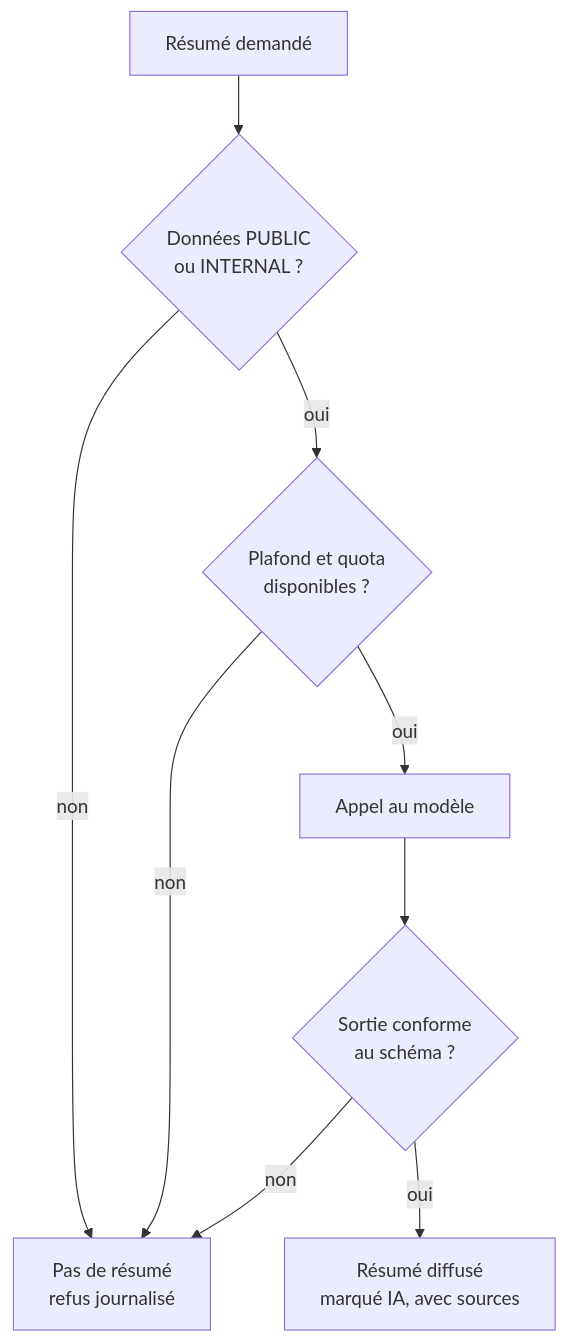
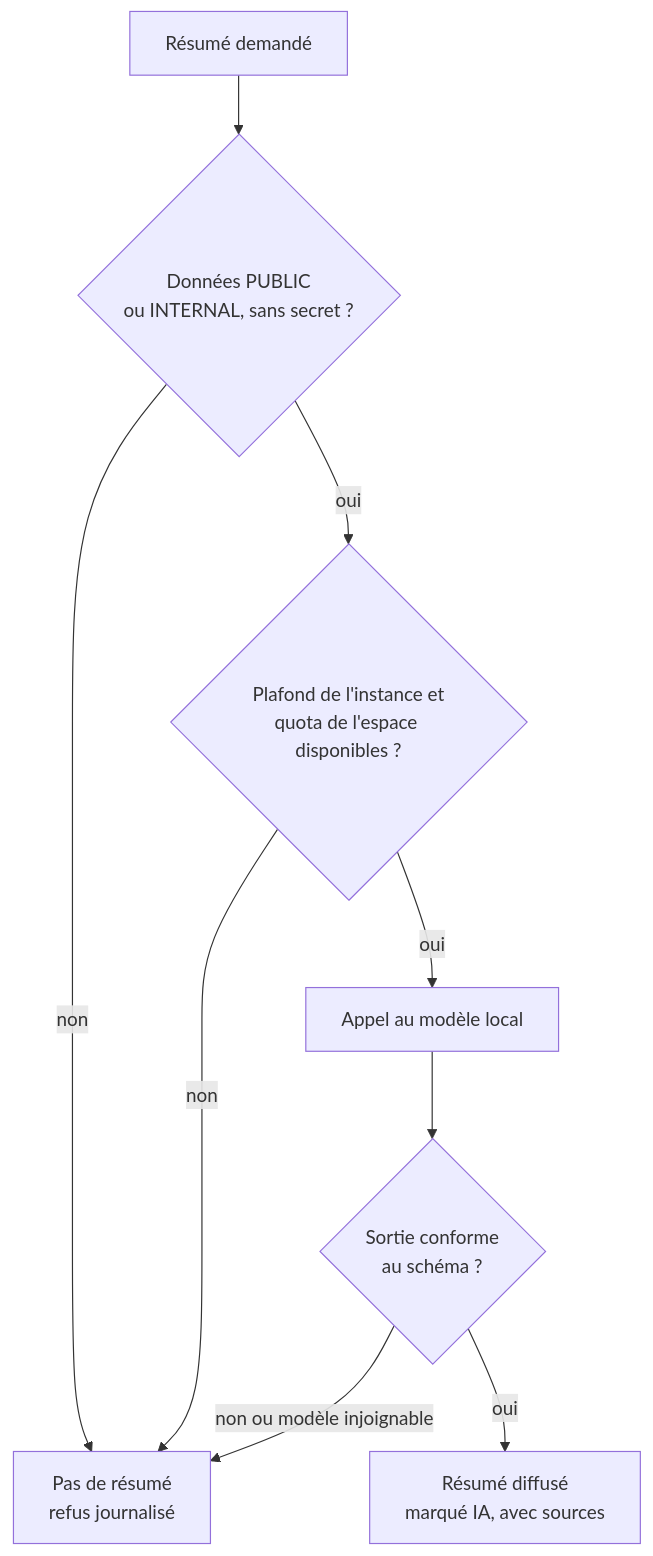
One commit to FTurleque/argos-tech-platform changed the diagram in docs/specifications/passerelle-ia.md. Above: the diagram before and after it, drawn with Mermaid. The commit also changed other lines of this file and 12 other files, not shown here.

````diff
--- a/docs/specifications/passerelle-ia.md
+++ b/docs/specifications/passerelle-ia.md
@@ -76,11 +87,11 @@
 ```mermaid
 flowchart TD
-    A["Résumé demandé"] --> B{"Données PUBLIC<br/>ou INTERNAL ?"}
+    A["Résumé demandé"] --> B{"Données PUBLIC<br/>ou INTERNAL, sans secret ?"}
     B -- "non" --> X["Pas de résumé<br/>refus journalisé"]
-    B -- "oui" --> C{"Plafond et quota<br/>disponibles ?"}
+    B -- "oui" --> C{"Plafond de l'instance et<br/>quota de l'espace disponibles ?"}
     C -- "non" --> X
-    C -- "oui" --> D["Appel au modèle"]
+    C -- "oui" --> D["Appel au modèle local"]
     D --> E{"Sortie conforme<br/>au schéma ?"}
-    E -- "non" --> X
+    E -- "non ou modèle injoignable" --> X
     E -- "oui" --> F["Résumé diffusé<br/>marqué IA, avec sources"]
 ```
````
